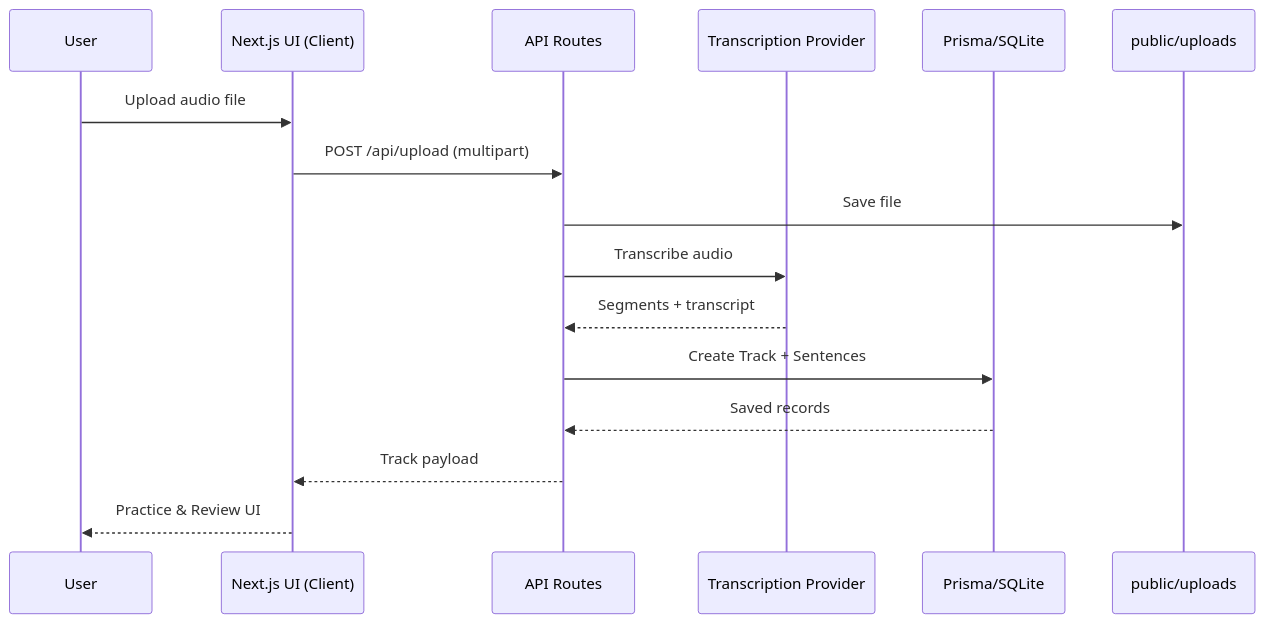
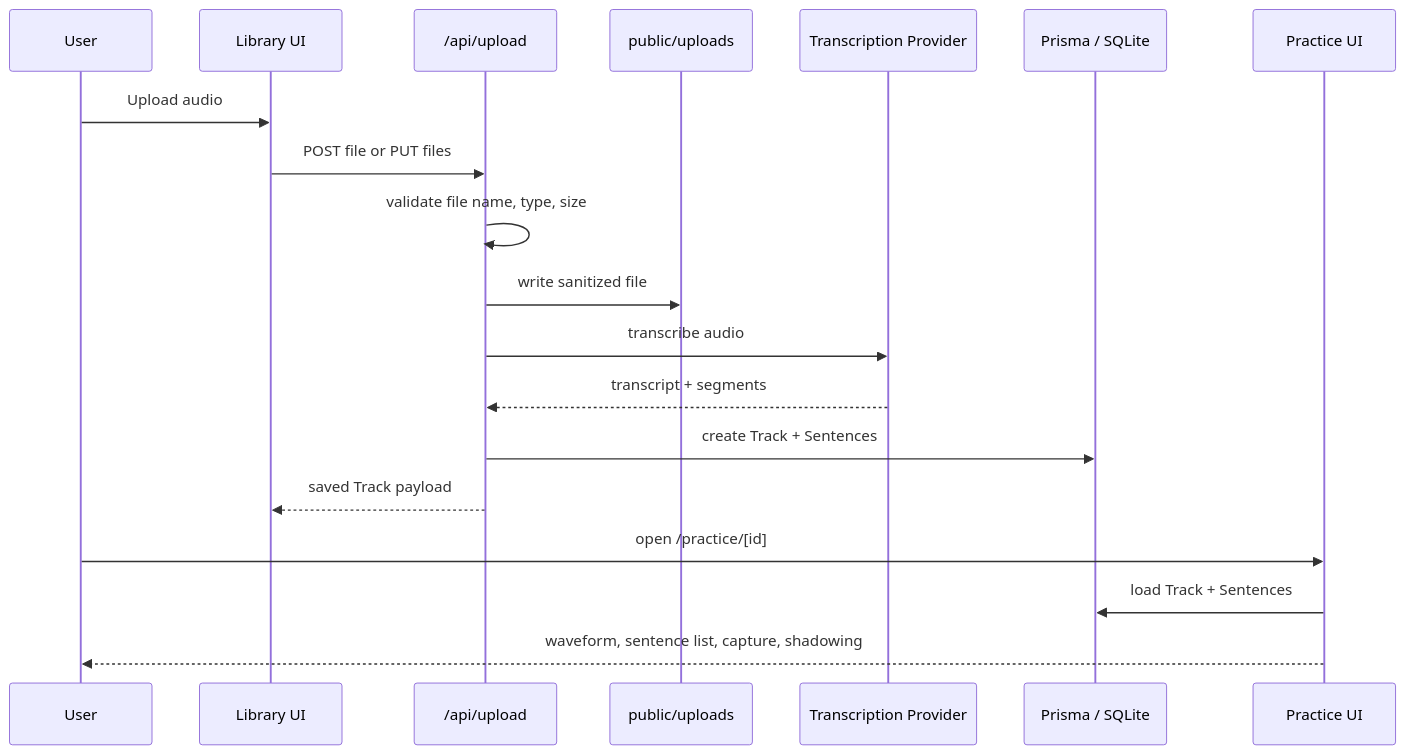
One commit to zhouchangju/DeepListener changed the third of 4 diagrams in docs/architecture.md. Above: the diagram before and after it, drawn with Mermaid. The commit also changed other lines of this file and 55 other files, not shown here.

````diff
--- a/docs/architecture.md
+++ b/docs/architecture.md
@@ -47,19 +147,22 @@
 ```mermaid
 sequenceDiagram
   participant U as User
-  participant UI as Next.js UI (Client)
-  participant API as API Routes
+  participant L as Library UI
+  participant A as /api/upload
+  participant F as public/uploads
   participant T as Transcription Provider
-  participant DB as Prisma/SQLite
-  participant FS as public/uploads
+  participant DB as Prisma / SQLite
+  participant P as Practice UI
 
-  U->>UI: Upload audio file
-  UI->>API: POST /api/upload (multipart)
-  API->>FS: Save file
-  API->>T: Transcribe audio
-  T-->>API: Segments + transcript
-  API->>DB: Create Track + Sentences
-  DB-->>API: Saved records
-  API-->>UI: Track payload
-  UI-->>U: Practice & Review UI
+  U->>L: Upload audio
+  L->>A: POST file or PUT files
+  A->>A: validate file name, type, size
+  A->>F: write sanitized file
+  A->>T: transcribe audio
+  T-->>A: transcript + segments
+  A->>DB: create Track + Sentences
+  A-->>L: saved Track payload
+  U->>P: open /practice/[id]
+  P->>DB: load Track + Sentences
+  P-->>U: waveform, sentence list, capture, shadowing
 ```
````
